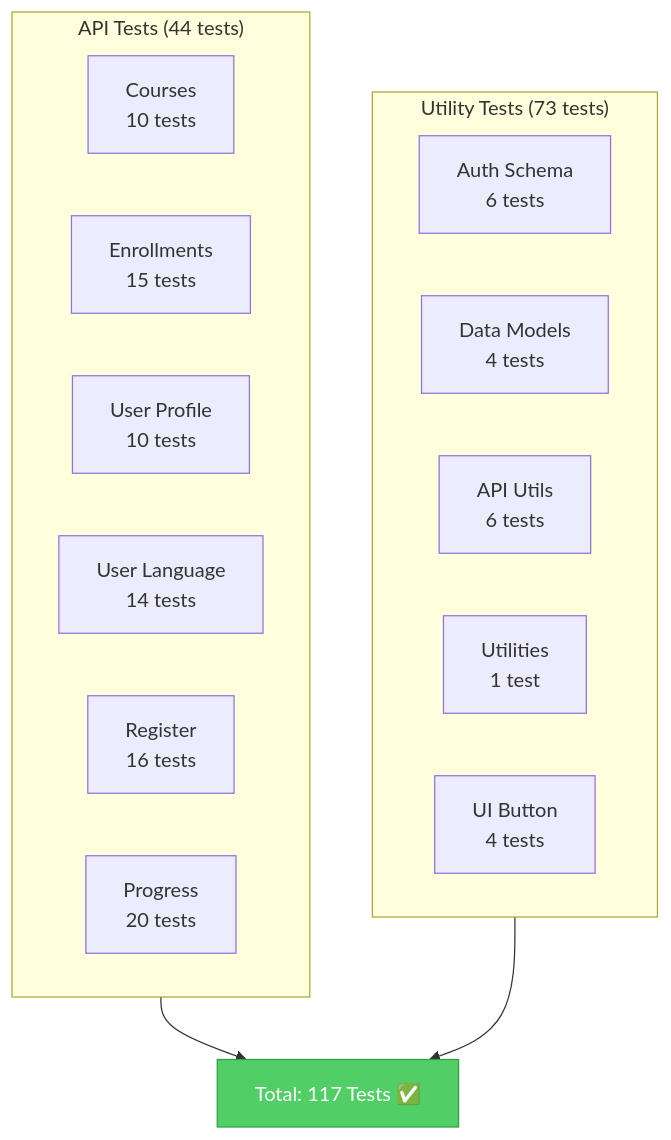
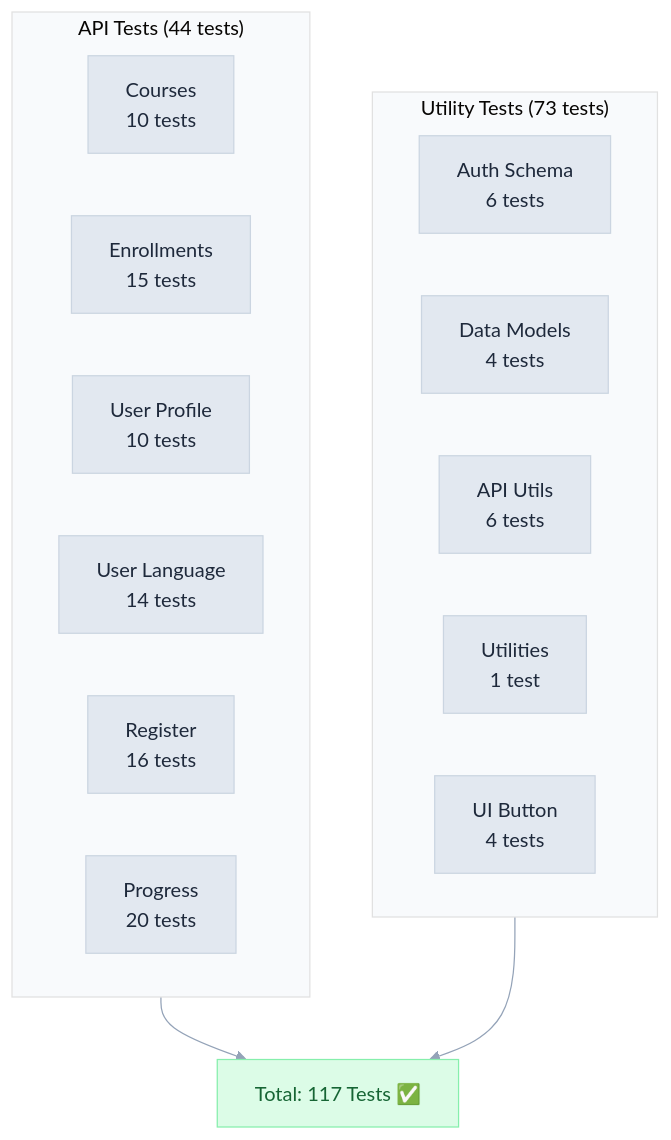
One commit to 3DHDSoft/devmultiplier-academy changed the diagram in doc/API_TESTS_QUICK_REF.md. Above: the diagram before and after it, drawn with Mermaid. The commit also changed 19 other files, not shown here.

````diff
--- a/doc/API_TESTS_QUICK_REF.md
+++ b/doc/API_TESTS_QUICK_REF.md
@@ -8,26 +8,36 @@
 ```mermaid
-graph TB
+%%{init: {'theme': 'base', 'themeVariables': {
+  'primaryColor': '#e2e8f0',
+  'primaryTextColor': '#1e293b',
+  'primaryBorderColor': '#cbd5e1',
+  'lineColor': '#94a3b8',
+  'secondaryColor': '#f1f5f9',
+  'tertiaryColor': '#f8fafc',
+  'background': '#ffffff',
+  'textColor': '#334155',
+  'fontFamily': 'system-ui, -apple-system, sans-serif'
+}}}%%graph TB
     subgraph API["API Tests (44 tests)"]
         Courses["Courses<br/>10 tests"]
         Enrollments["Enrollments<br/>15 tests"]
         Profile["User Profile<br/>10 tests"]
         Language["User Language<br/>14 tests"]
         Register["Register<br/>16 tests"]
         Progress["Progress<br/>20 tests"]
     end
 
     subgraph Util["Utility Tests (73 tests)"]
         Auth["Auth Schema<br/>6 tests"]
         Models["Data Models<br/>4 tests"]
         APIUtils["API Utils<br/>6 tests"]
         Utils["Utilities<br/>1 test"]
         Button["UI Button<br/>4 tests"]
     end
 
     Total["Total: 117 Tests ✅"]
 
     API --> Total
     Util --> Total
 
-    style Total fill:#51cf66,stroke:#2f9e44,color:#fff
+    style Total fill:#dcfce7,stroke:#86efac,color:#166534
 ```
````
